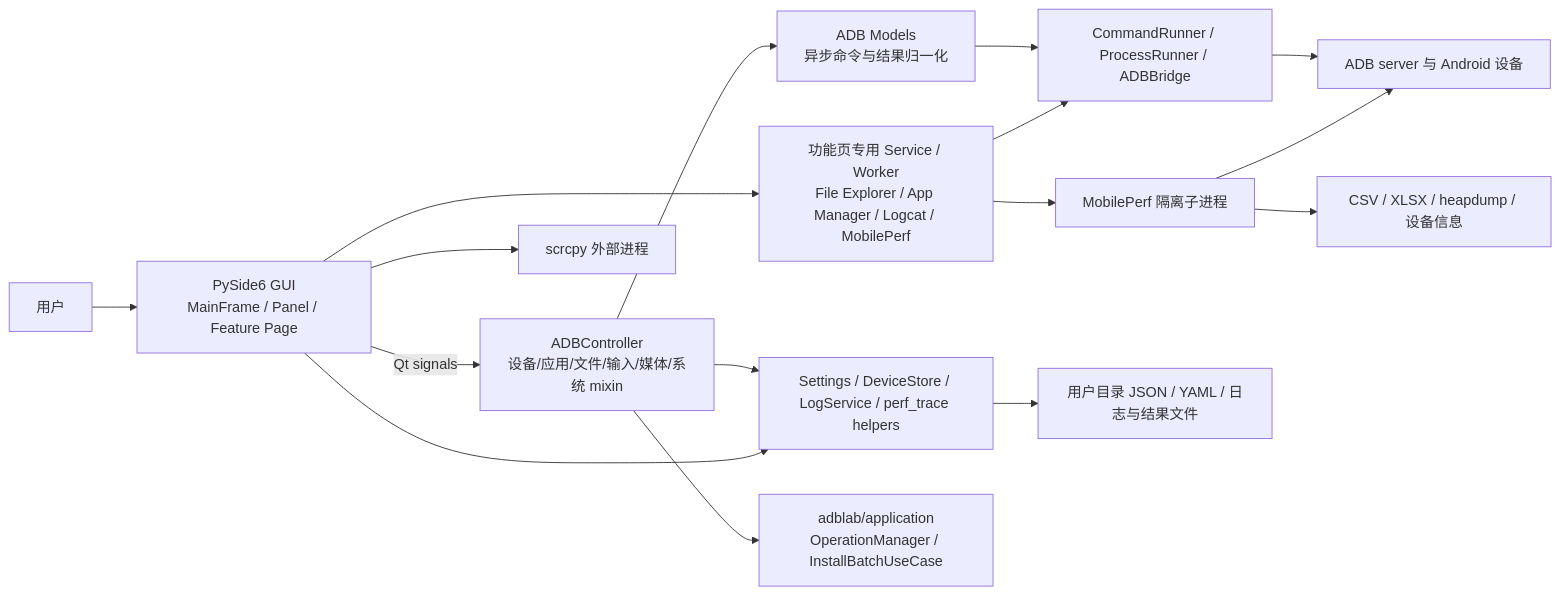
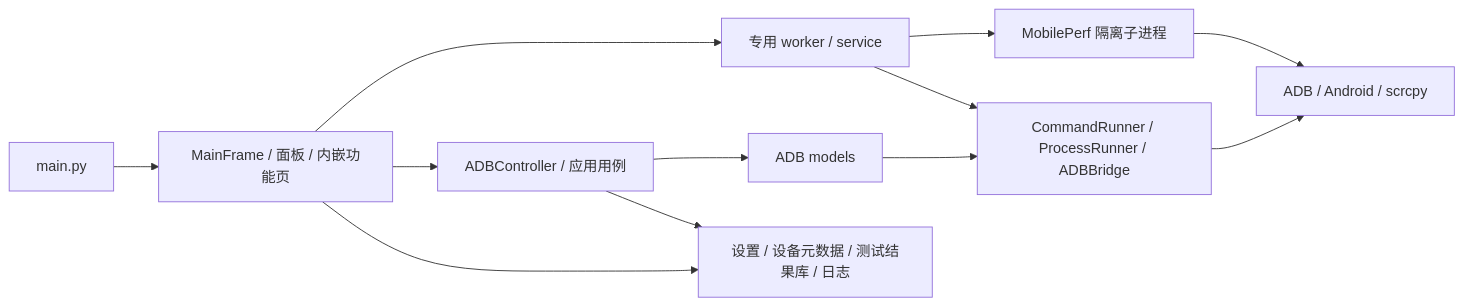
One commit to BlackHu-art/ADBLab changed the first of 2 diagrams in docs/project-knowledge/ARCHITECTURE.md. Above: the diagram before and after it, drawn with Mermaid. The commit also changed other lines of this file and 36 other files, not shown here.

Commit message:
Refactor application architecture and update related components

````diff
--- a/docs/project-knowledge/ARCHITECTURE.md
+++ b/docs/project-knowledge/ARCHITECTURE.md
@@ -17,18 +18,14 @@
 ```mermaid
 flowchart LR
-    User["用户"] --> GUI["PySide6 GUI<br/>MainFrame / Panel / Feature Page"]
-    GUI -->|"Qt signals"| Controller["ADBController<br/>设备/应用/文件/输入/媒体/系统 mixin"]
-    Controller --> Models["ADB Models<br/>异步命令与结果归一化"]
-    GUI --> FeatureServices["功能页专用 Service / Worker<br/>File Explorer / App Manager / Logcat / MobilePerf"]
-    Models --> Exec["CommandRunner / ProcessRunner / ADBBridge"]
-    FeatureServices --> Exec
-    Exec --> ADB["ADB server 与 Android 设备"]
-    GUI --> Scrcpy["scrcpy 外部进程"]
-    FeatureServices --> MP["MobilePerf 隔离子进程"]
-    Controller --> Core["Settings / DeviceStore / LogService / perf_trace helpers"]
-    Controller --> UseCases["adblab/application<br/>OperationManager / InstallBatchUseCase"]
-    GUI --> Core
-    Core --> Store["用户目录 JSON / YAML / 日志与结果文件"]
-    MP --> ADB
-    MP --> Results["CSV / XLSX / heapdump / 设备信息"]
+    Main["main.py"] --> GUI["MainFrame / 面板 / 内嵌功能页"]
+    GUI --> Controller["ADBController / 应用用例"]
+    Controller --> Model["ADB models"]
+    GUI --> Service["专用 worker / service"]
+    Model --> Exec["CommandRunner / ProcessRunner / ADBBridge"]
+    Service --> Exec
+    Exec --> Device["ADB / Android / scrcpy"]
+    Service --> MP["MobilePerf 隔离子进程"]
+    MP --> Device
+    GUI --> Store["设置 / 设备元数据 / 测试结果库 / 日志"]
+    Controller --> Store
 ```
````
